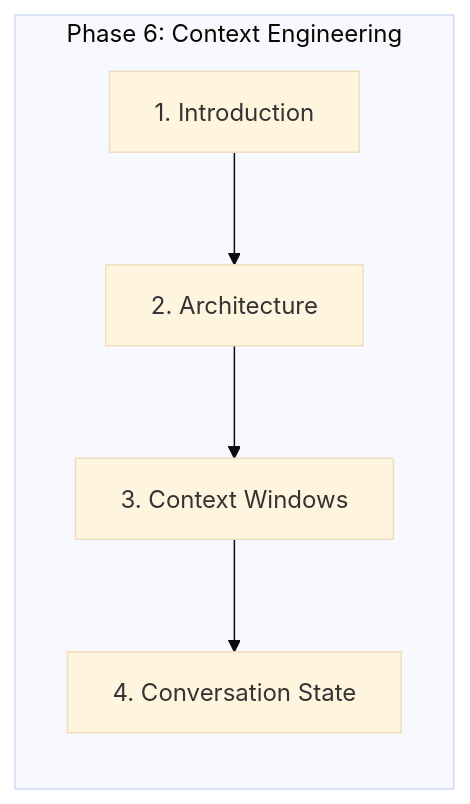
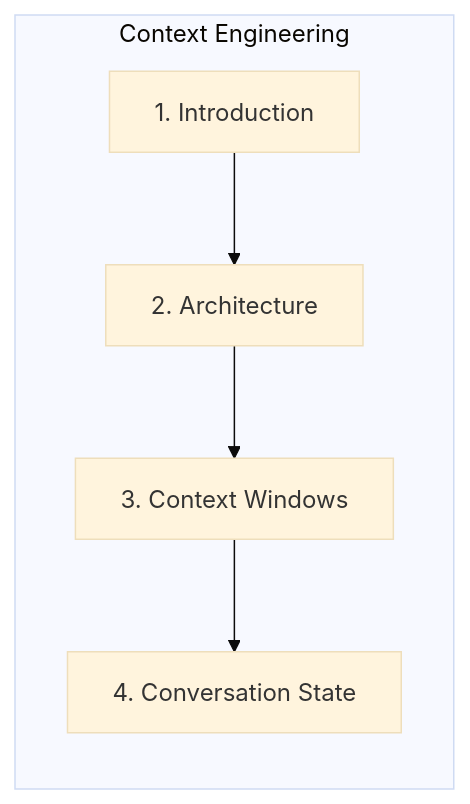
The first of 5 diagrams in domains/context-engineering/introduction-to-context-engineering.md (abdulsamad183/ai-engineering-playbook), drawn with Mermaid (base theme) before and after one commit. The commit also changed other lines of this file and 301 other files, not shown here.

````diff
--- a/domains/context-engineering/introduction-to-context-engineering.md
+++ b/domains/context-engineering/introduction-to-context-engineering.md
@@ -59,10 +59,10 @@
 ```mermaid
 flowchart LR
-    subgraph "Phase 6: Context Engineering"
+    subgraph "Context Engineering"
         S1[1. Introduction]
         S2[2. Architecture]
         S3[3. Context Windows]
         S4[4. Conversation State]
     end
     S1 --> S2 --> S3 --> S4
 ```
````
